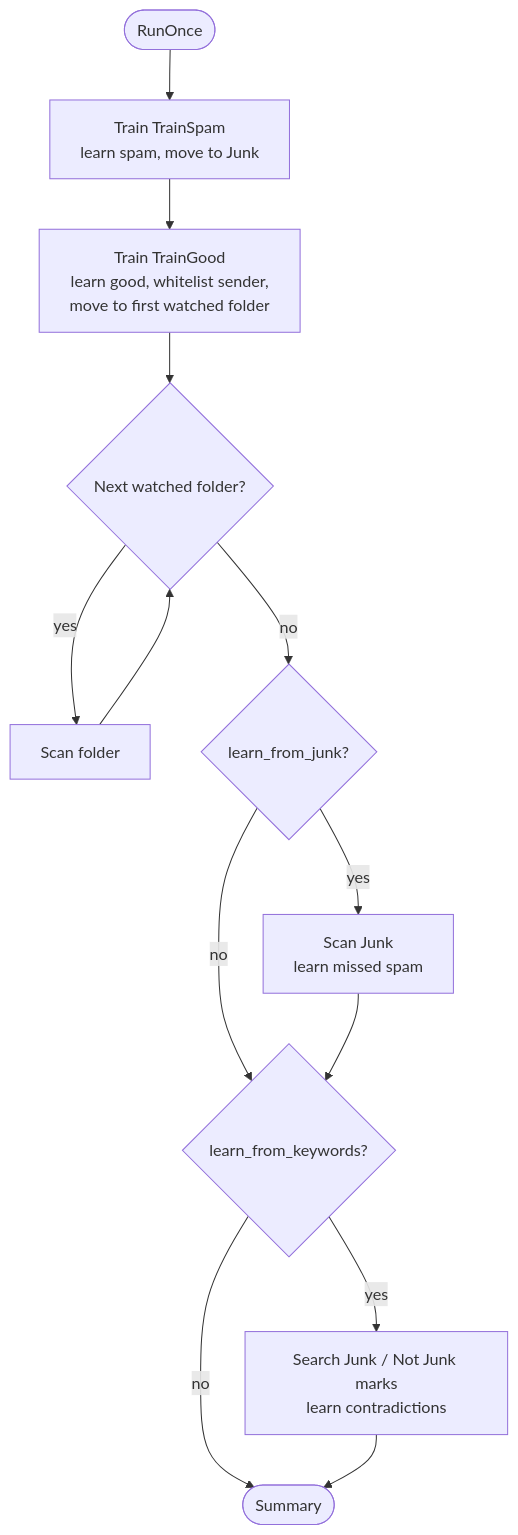
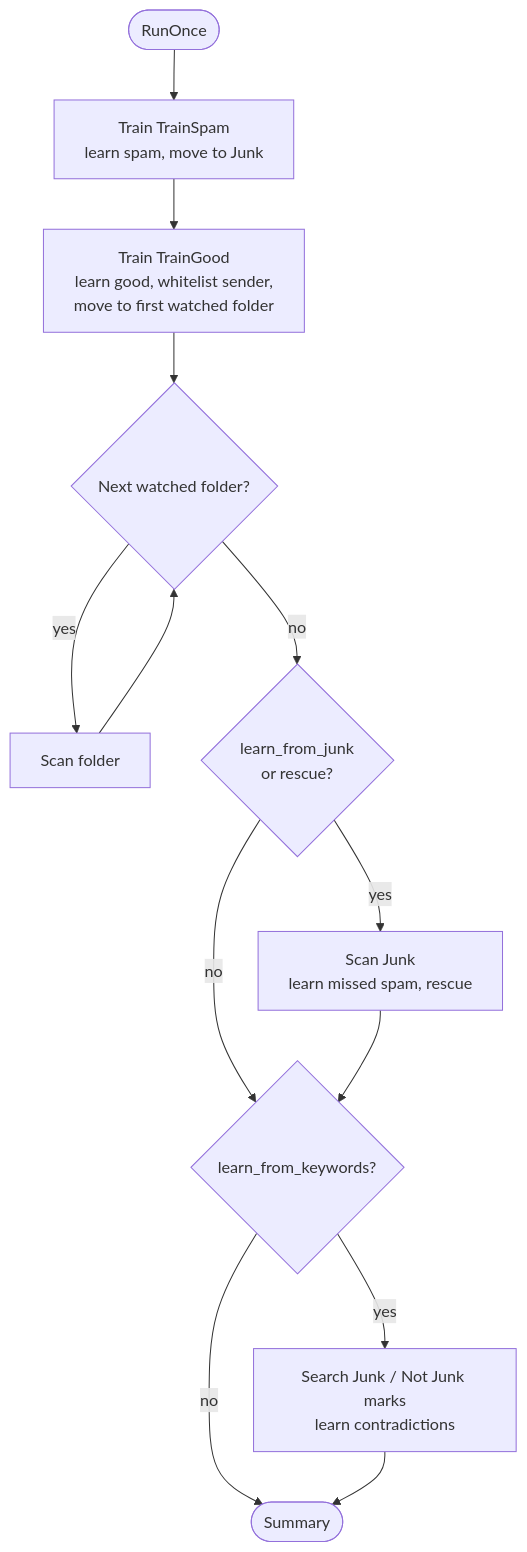
Before and after one commit to hugoh/tamis: the second of 9 diagrams in docs/engine.md, drawn with Mermaid. The commit also changed other lines of this file and 3 other files, not shown here.

````diff
--- a/docs/engine.md
+++ b/docs/engine.md
@@ -40,15 +40,15 @@
 ```mermaid
 flowchart TD
     start([RunOnce]) --> trainSpam[Train TrainSpam<br/>learn spam, move to Junk]
     trainSpam --> trainGood[Train TrainGood<br/>learn good, whitelist sender,<br/>move to first watched folder]
     trainGood --> watch{Next watched folder?}
     watch -- yes --> scan[Scan folder]
     scan --> watch
-    watch -- no --> learn{learn_from_junk?}
-    learn -- yes --> junk[Scan Junk<br/>learn missed spam]
+    watch -- no --> learn{learn_from_junk<br/>or rescue?}
+    learn -- yes --> junk[Scan Junk<br/>learn missed spam, rescue]
     learn -- no --> marks{learn_from_keywords?}
     junk --> marks
     marks -- yes --> keywords[Search Junk / Not Junk marks<br/>learn contradictions]
     marks -- no --> done([Summary])
     keywords --> done
 ```
````
